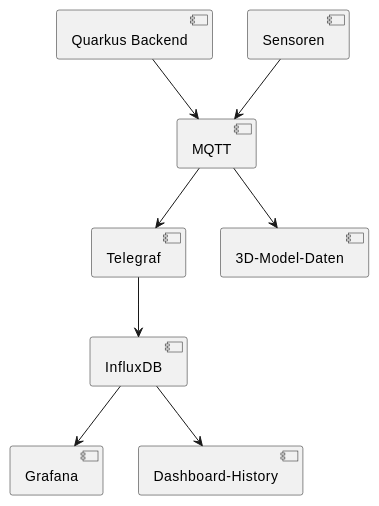
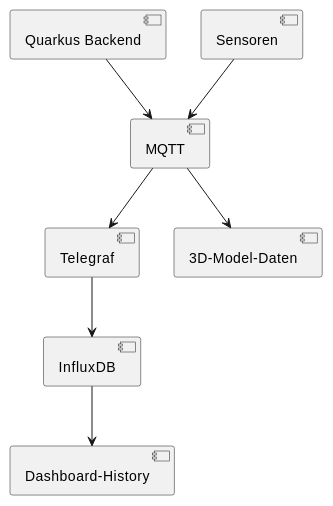
Before and after one commit to 2526-4ahitm-itp/2526-4ahitm-leoiot-dashboard: the diagram in README.adoc, drawn with PlantUML. The commit also changed 43 other files, not shown here.

Commit message:
docs: fixed the architecture Diagram in README.adoc. Added opencode

```diff
--- a/README.adoc
+++ b/README.adoc
@@ -15,12 +15,11 @@
-[plantuml]
+[plantuml, format="png", id="myId"]
 ----
 @startuml
 [Quarkus Backend] --> [MQTT]
 [Sensoren] --> [MQTT]
 [MQTT] --> [Telegraf]
 [MQTT] --> [3D-Model-Daten]
 [Telegraf] --> [InfluxDB]
-[InfluxDB] --> [Grafana]
 [InfluxDB] --> [Dashboard-History]
 @enduml
 ----
```
